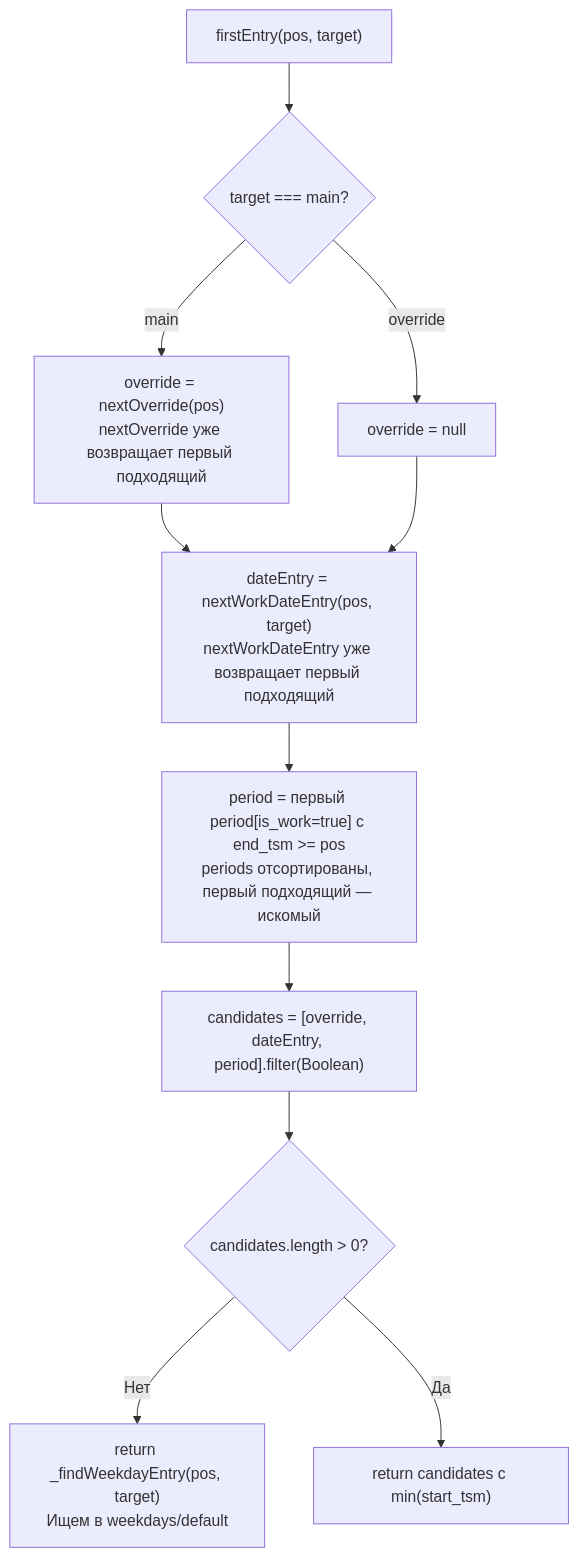
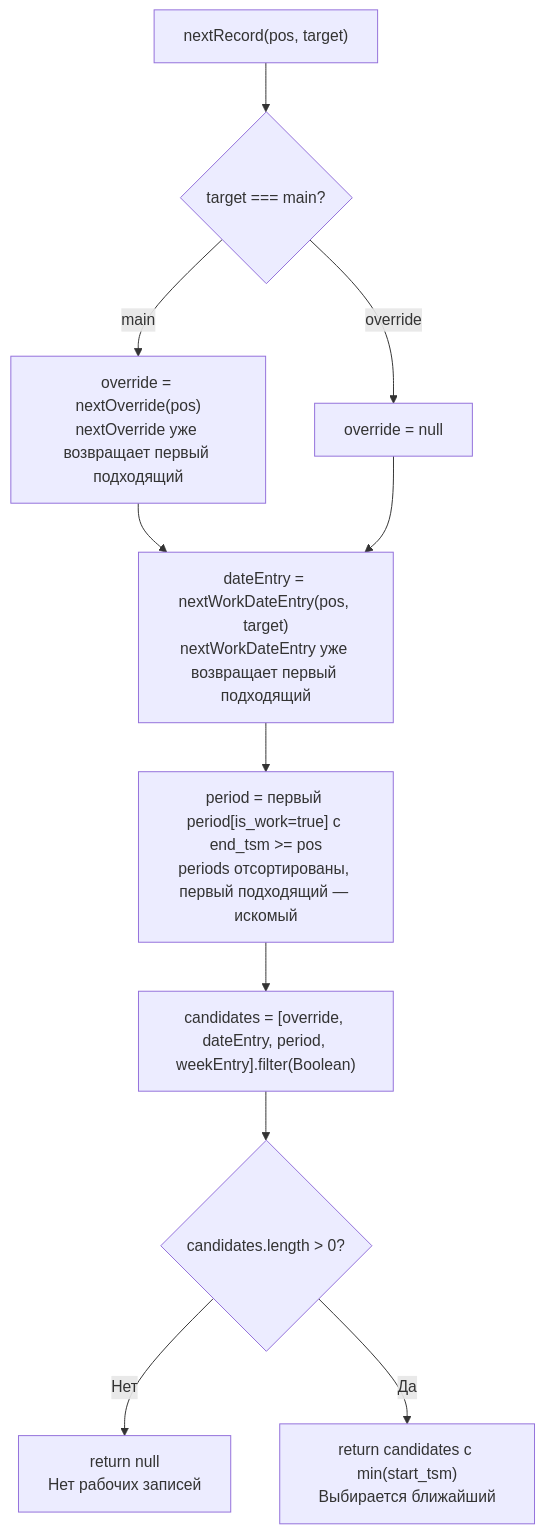
Before and after one commit to spo0okie/arms_inventory: diagram 12 of 14 in modules/schedules/plans/compile.md, drawn with Mermaid. The commit also changed other lines of this file and 4 other files, not shown here.

````diff
--- a/modules/schedules/plans/compile.md
+++ b/modules/schedules/plans/compile.md
@@ -850,17 +890,17 @@
 ```mermaid
 flowchart TD
-    A["firstEntry(pos, target)"] --> B{"target === main?"}
+    A["nextRecord(pos, target)"] --> B{"target === main?"}
     
     B -->|main| C["override = nextOverride(pos)<br/>nextOverride уже возвращает первый подходящий"]
     B -->|override| C2["override = null"]
     
     C --> D["dateEntry = nextWorkDateEntry(pos, target)<br/>nextWorkDateEntry уже возвращает первый подходящий"]
     C2 --> D
     
     D --> E["period = первый period[is_work=true] с end_tsm >= pos<br/>periods отсортированы, первый подходящий — искомый"]
     
-    E --> F["candidates = [override, dateEntry, period].filter(Boolean)"]
+    E --> F["candidates = [override, dateEntry, period, weekEntry].filter(Boolean)"]
     F --> G{"candidates.length > 0?"}
-    G -->|Нет| H["return _findWeekdayEntry(pos, target)<br/>Ищем в weekdays/default"]
-    G -->|Да| I["return candidates с min(start_tsm)"]
+    G -->|Нет| H["return null<br/>Нет рабочих записей"]
+    G -->|Да| I["return candidates с min(start_tsm)<br/>Выбирается ближайший"]
 ```
````
